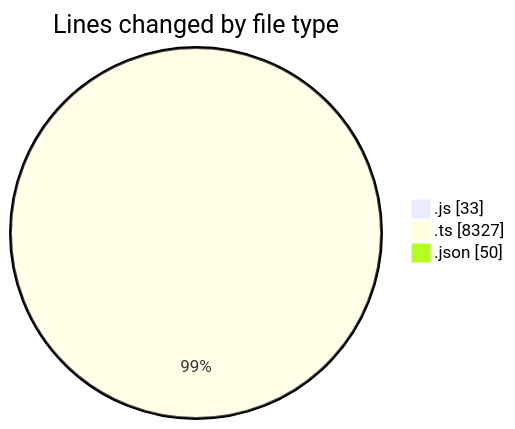
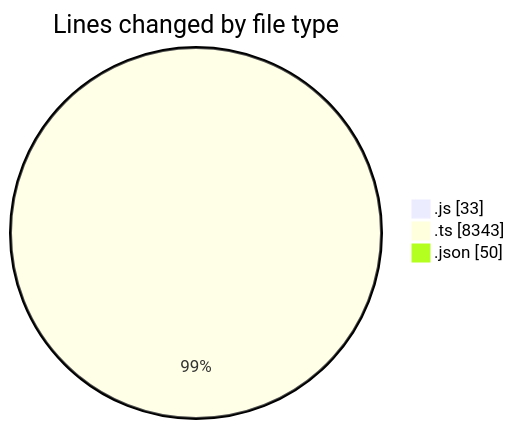
One commit to momahboobian/code-tracking changed the first of 2 diagrams in 2025-09-08/cda/README.md. Above: the diagram before and after it, drawn with Mermaid. The commit also changed other lines of this file and 1 other file, not shown here.

````diff
--- a/2025-09-08/cda/README.md
+++ b/2025-09-08/cda/README.md
@@ -25,7 +25,7 @@
 ```mermaid
 pie showData
 title Lines changed by file type
 ".js" : 33
-".ts" : 8327
+".ts" : 8343
 ".json" : 50
 ```
````
